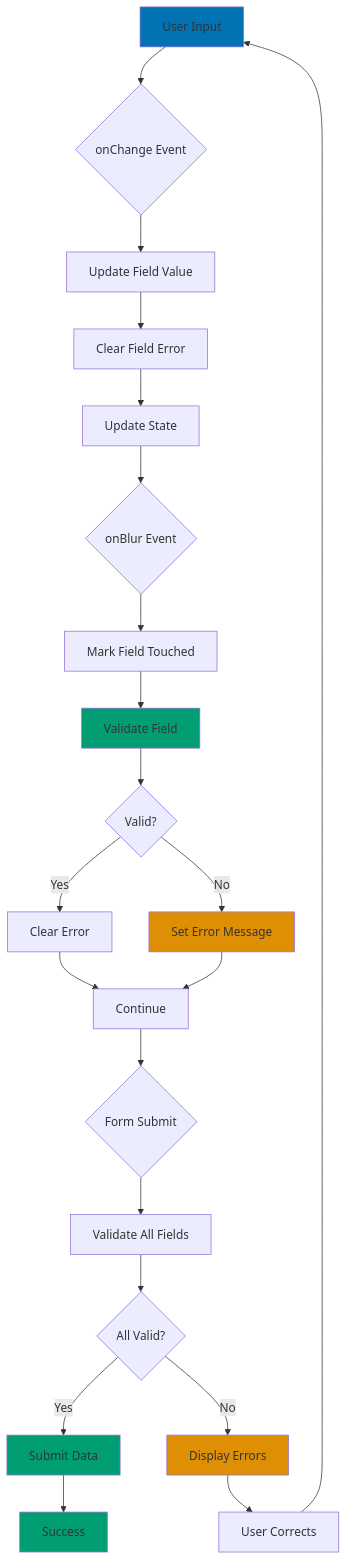
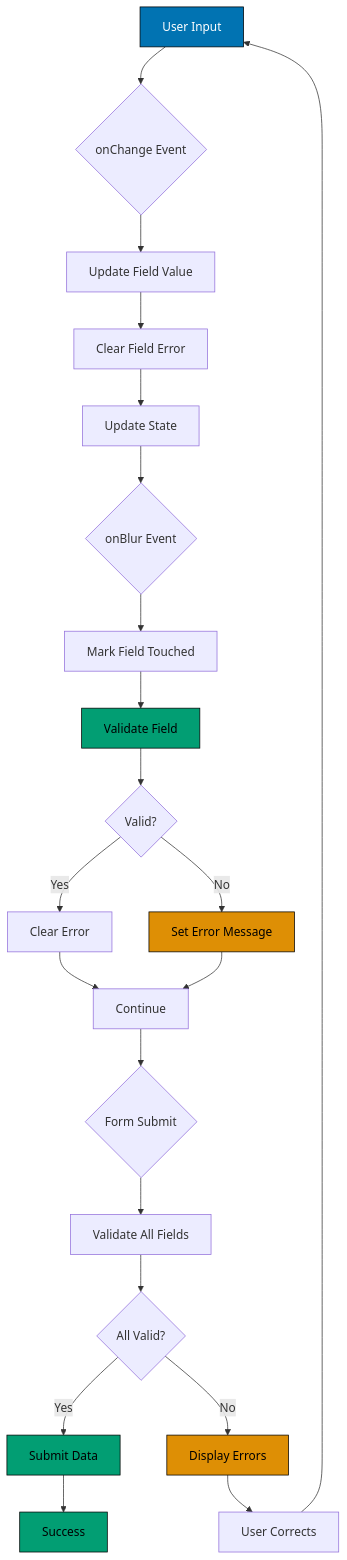
Before and after one commit to wahidyankf/ose-public: the diagram in docs/explanation/software-engineering/platform-web/tools/fe-react/forms.md, drawn with Mermaid. The commit also changed 57 other files, not shown here.

First line of the commit message:
docs(diagrams): make docs diagrams accessible

````diff
--- a/docs/explanation/software-engineering/platform-web/tools/fe-react/forms.md
+++ b/docs/explanation/software-engineering/platform-web/tools/fe-react/forms.md
@@ -134,39 +134,41 @@
 ```mermaid
 %% Color Palette: Blue #0173B2, Orange #DE8F05, Teal #029E73, Purple #CC78BC
 %% All colors are color-blind friendly and meet WCAG AA contrast standards
 
 graph TD
+    accTitle: Form Validation
+    accDescr: User Input leads to onChange Event; onChange Event leads to Update Field Value; Update Field Value leads to Clear Field Error; Clear Field Error leads to Update State; Update State leads to onBlur Event; and 15 more links.
     A[User Input] --> B{onChange Event}
     B --> C[Update Field Value]
     C --> D[Clear Field Error]
     D --> E[Update State]
 
     E --> F{onBlur Event}
     F --> G[Mark Field Touched]
     G --> H[Validate Field]
     H --> I{Valid?}
 
     I -->|Yes| J[Clear Error]
     I -->|No| K[Set Error Message]
 
     J --> L[Continue]
     K --> L
 
     L --> M{Form Submit}
     M --> N[Validate All Fields]
     N --> O{All Valid?}
 
     O -->|Yes| P[Submit Data]
     O -->|No| Q[Display Errors]
 
     P --> R[Success]
     Q --> S[User Corrects]
     S --> A
 
-    style A fill:#0173B2
-    style H fill:#029E73
-    style K fill:#DE8F05
-    style P fill:#029E73
-    style Q fill:#DE8F05
-    style R fill:#029E73
+    classDef blue fill:#0173B2,stroke:#000000,color:#FFFFFF
+    classDef teal fill:#029E73,stroke:#000000,color:#000000
+    classDef orange fill:#DE8F05,stroke:#000000,color:#000000
+    class A blue
+    class H,P,R teal
+    class K,Q orange
 ```
````
